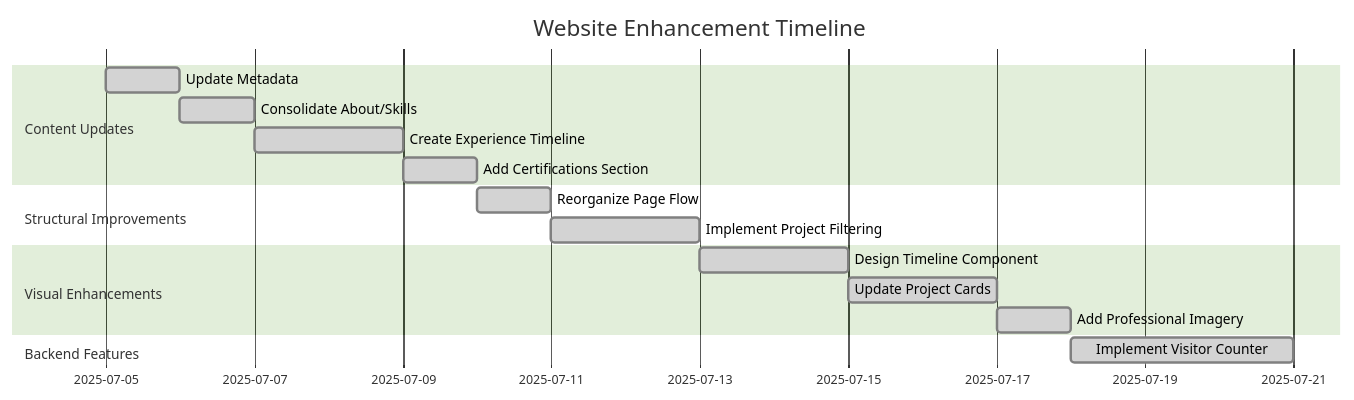
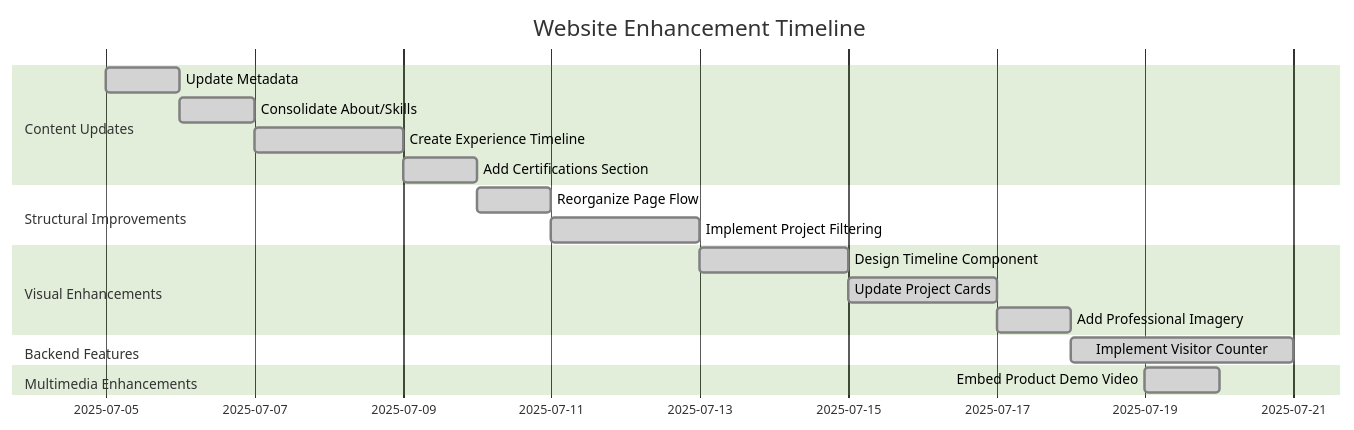
Before and after one commit to Albiemark/my-site: the diagram in docs/website_enhancement_plan.md, drawn with Mermaid (forest theme). The commit also changed other lines of this file and 2 other files, not shown here.

Commit message:
feat: add product demo video section

````diff
--- a/docs/website_enhancement_plan.md
+++ b/docs/website_enhancement_plan.md
@@ -6,19 +6,21 @@
 ```mermaid
 gantt
     title Website Enhancement Timeline
     dateFormat  YYYY-MM-DD
     section Content Updates
     Update Metadata               :done, des1, 2025-07-05, 1d
     Consolidate About/Skills       :done, des2, 2025-07-06, 1d
     Create Experience Timeline     :done, des3, 2025-07-07, 2d
     Add Certifications Section     :done, des4, 2025-07-09, 1d
     section Structural Improvements
     Reorganize Page Flow          :done, des5, 2025-07-10, 1d
     Implement Project Filtering    :done, des6, 2025-07-11, 2d
     section Visual Enhancements
     Design Timeline Component     :done, des7, 2025-07-13, 2d
     Update Project Cards          :done, des8, 2025-07-15, 2d
     Add Professional Imagery      :done, des9, 2025-07-17, 1d
     section Backend Features
     Implement Visitor Counter     :done, des10, 2025-07-18, 3d
+    section Multimedia Enhancements
+    Embed Product Demo Video      :done, des11, 2025-07-19, 1d
 ```
````
